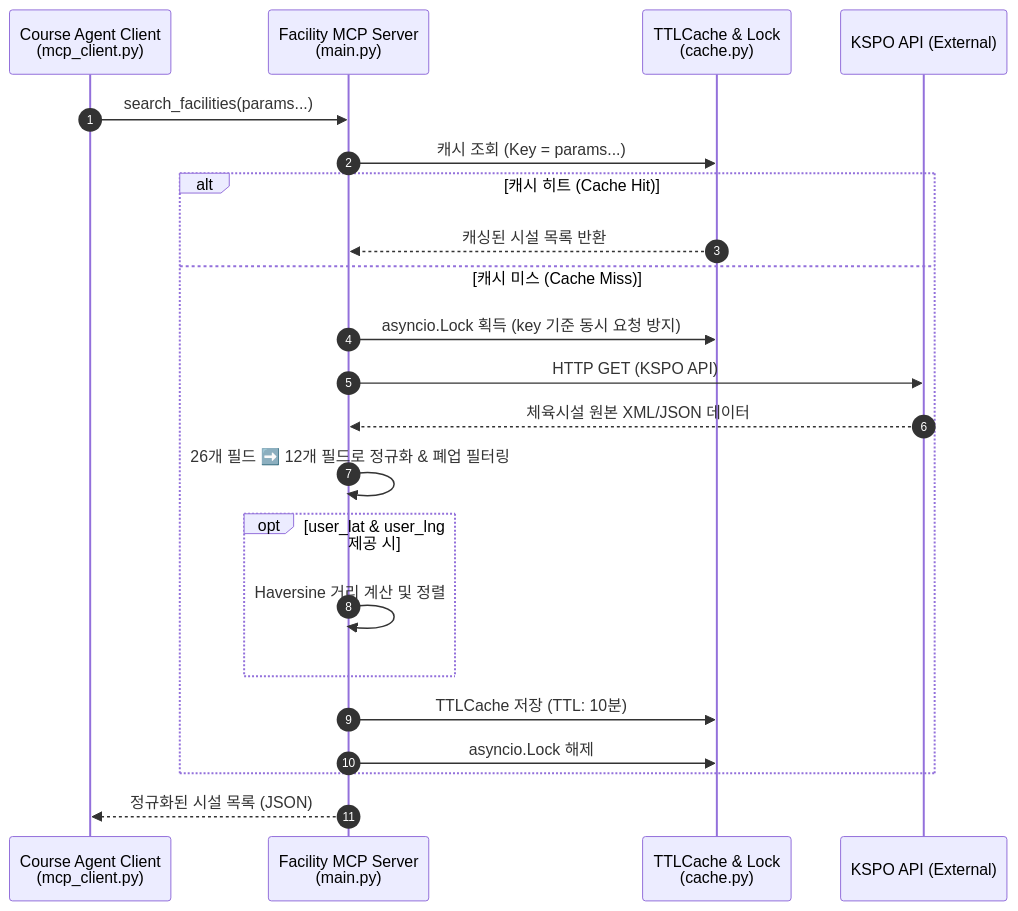
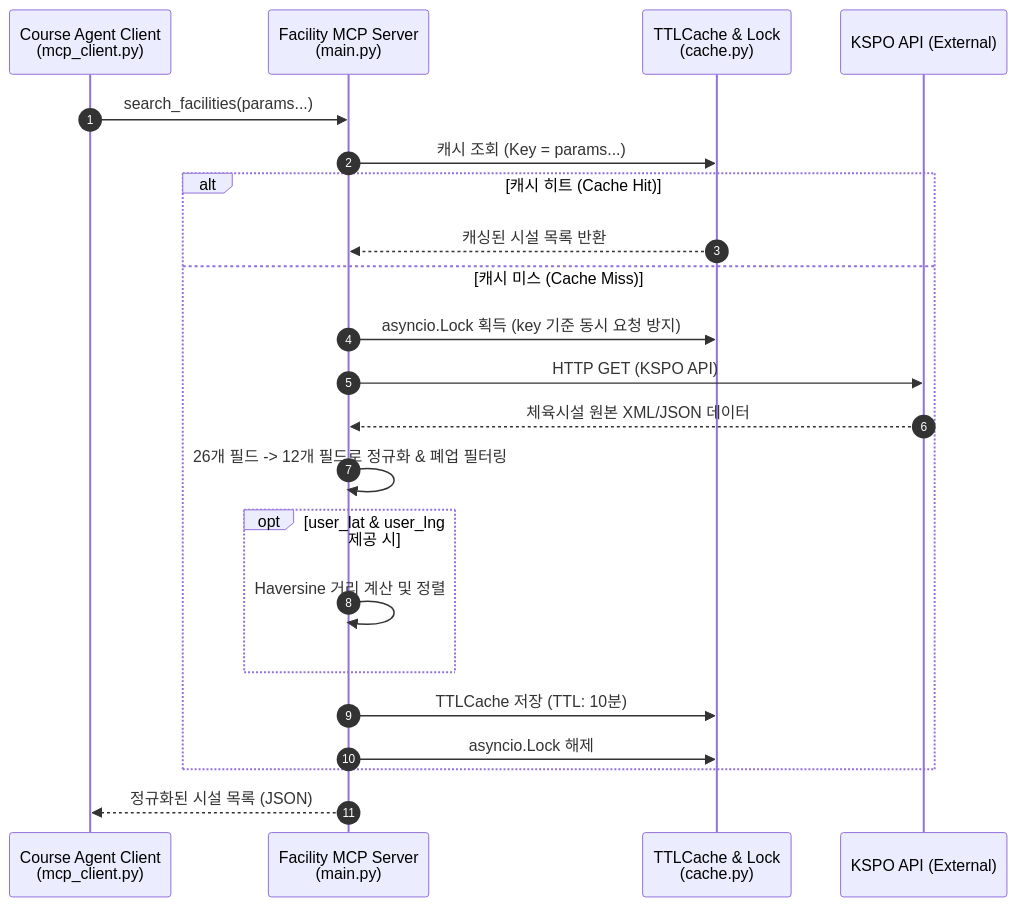
One commit to myjhye/course-agent changed the diagram in mcp_servers/facility_server/README.md. Above: the diagram before and after it, drawn with Mermaid. The commit also changed 1 other file, not shown here.

Commit message:
docs: 가이드 문서 내 화살표 이모지를 일반 화살표로 교체

````diff
--- a/mcp_servers/facility_server/README.md
+++ b/mcp_servers/facility_server/README.md
@@ -22,25 +22,25 @@
 ```mermaid
 sequenceDiagram
     autonumber
     participant Client as Course Agent Client<br>(mcp_client.py)
     participant Server as Facility MCP Server<br>(main.py)
     participant Cache as TTLCache & Lock<br>(cache.py)
     participant API as KSPO API (External)
 
     Client->>Server: search_facilities(params...)
     Server->>Cache: 캐시 조회 (Key = params...)
     alt 캐시 히트 (Cache Hit)
         Cache-->>Server: 캐싱된 시설 목록 반환
     else 캐시 미스 (Cache Miss)
         Server->>Cache: asyncio.Lock 획득 (key 기준 동시 요청 방지)
         Server->>API: HTTP GET (KSPO API)
         API-->>Server: 체육시설 원본 XML/JSON 데이터
-        Server->>Server: 26개 필드 ➡️ 12개 필드로 정규화 & 폐업 필터링
+        Server->>Server: 26개 필드 -> 12개 필드로 정규화 & 폐업 필터링
         opt user_lat & user_lng 제공 시
             Server->>Server: Haversine 거리 계산 및 정렬
         end
         Server->>Cache: TTLCache 저장 (TTL: 10분)
         Server->>Cache: asyncio.Lock 해제
     end
     Server-->>Client: 정규화된 시설 목록 (JSON)
 ```
````
